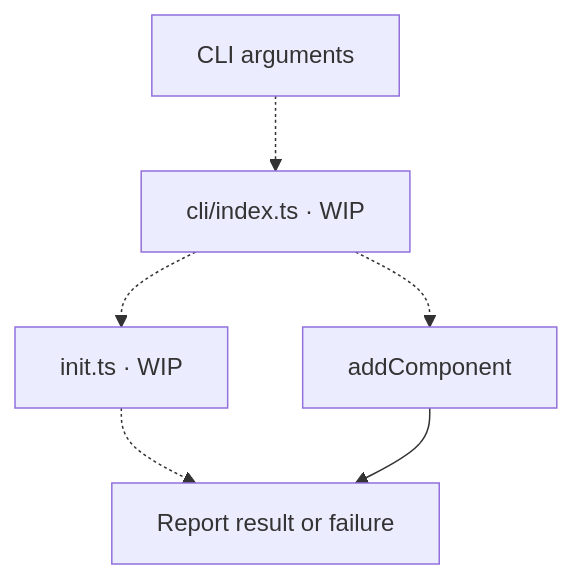
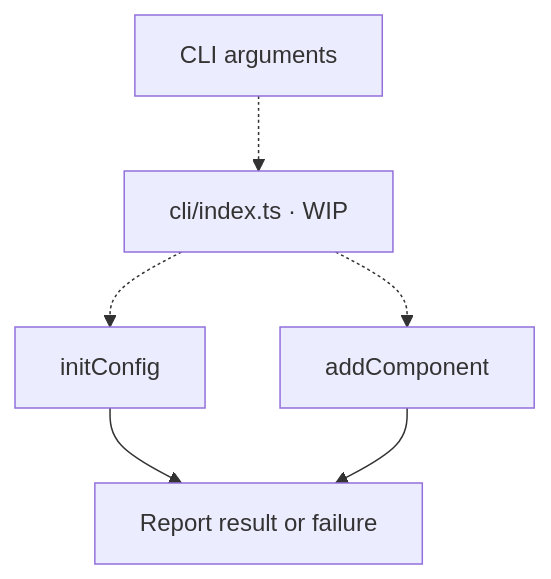
The first of 3 diagrams in cli/commands/README.md (feuersteiner/bref-ui), drawn with Mermaid before and after one commit. The commit also changed other lines of this file and 2 other files, not shown here.

Commit message:
feat: update README and init command documentation; implement initConfig function

````diff
--- a/cli/commands/README.md
+++ b/cli/commands/README.md
@@ -13,8 +13,8 @@
 ```mermaid
 flowchart TD
     args["CLI arguments"] -.-> route["cli/index.ts · WIP"]
-    route -.-> init["init.ts · WIP"]
+    route -.-> init["initConfig"]
     route -.-> add["addComponent"]
-    init -.-> report["Report result or failure"]
+    init --> report["Report result or failure"]
     add --> report
 ```
````
